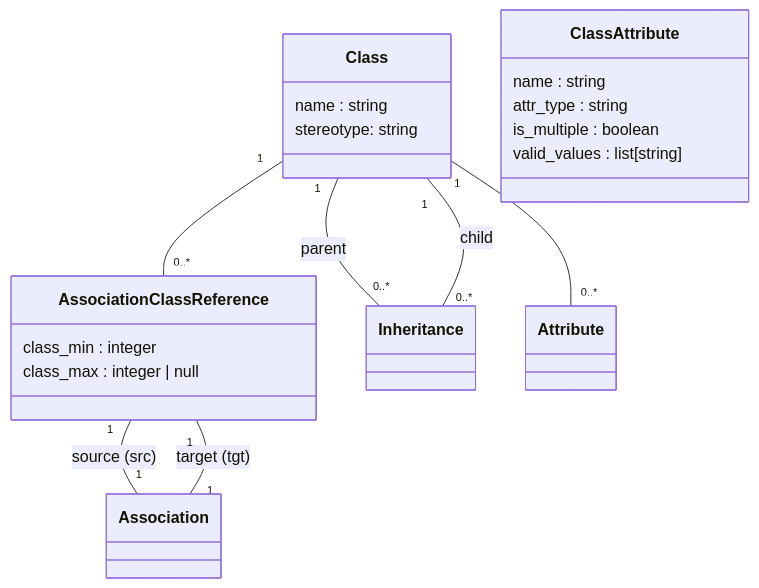
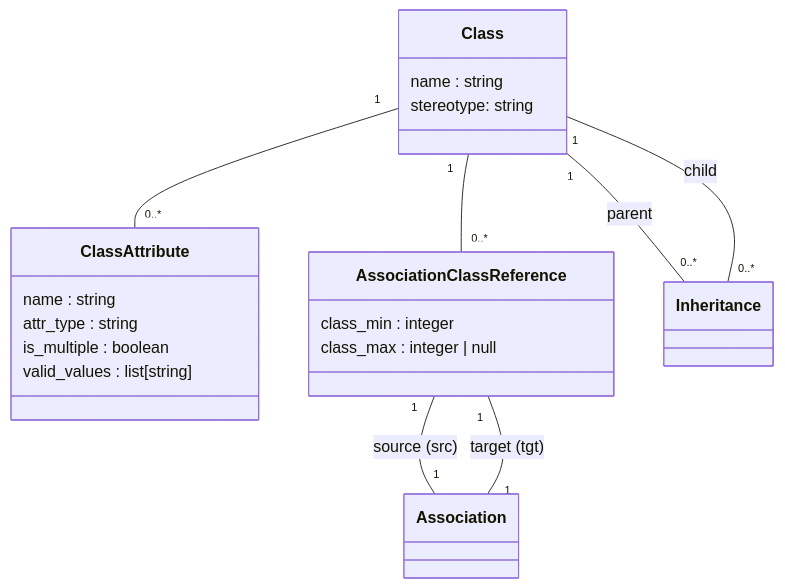
Before and after one commit to Nicolas-Botelho/REX: the fourth of 4 diagrams in docs/models.md, drawn with Mermaid. The commit also changed other lines of this file, not shown here.

Commit message:
docs: fixing typos in mermaid

````diff
--- a/docs/models.md
+++ b/docs/models.md
@@ -100,34 +100,34 @@
 ```mermaid
 classDiagram
 
 class Class {
   name : string
   stereotype: string
 }
 
 class ClassAttribute {
   name : string
   attr_type : string
   is_multiple : boolean
   valid_values : list[string]
 }
 
 class Association
 
 class AssociationClassReference {
   class_min : integer
   class_max : integer | null
 }
 
 class Inheritance
 
-Class "1" -- "0..*" Attribute
+Class "1" -- "0..*" ClassAttribute
 
 Class "1" -- "0..*" AssociationClassReference
 
 AssociationClassReference "1" -- "1" Association : source (src)
 AssociationClassReference "1" -- "1" Association : target (tgt)
 
 Class "1" -- "0..*" Inheritance : parent
 Inheritance "0..*" -- "1" Class : child
 ```
````
